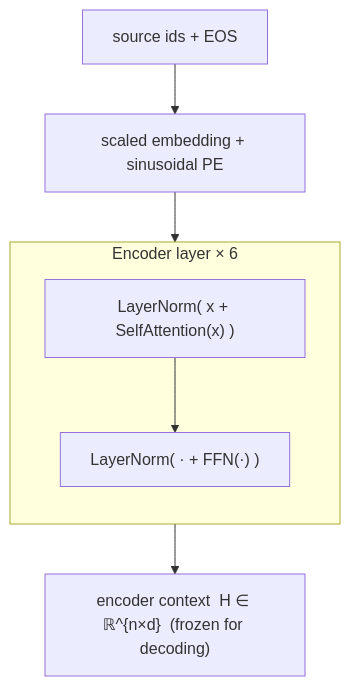
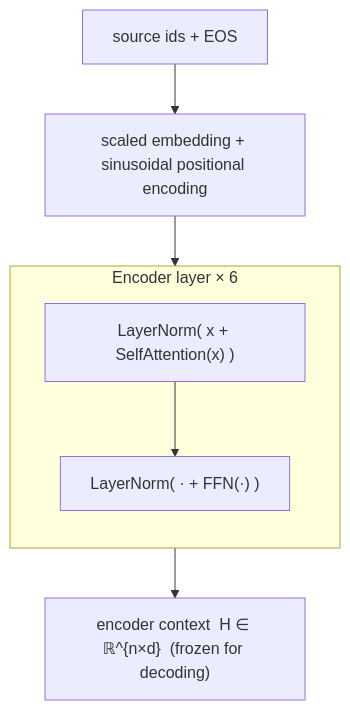
Before and after one commit to gregtatum/translations: the second of 5 diagrams in inference-rs/notes/05-fx-model-architecture.md, drawn with Mermaid. The commit also changed other lines of this file and 27 other files, not shown here.

Commit message:
Rename pe to positional encoding

````diff
--- a/inference-rs/notes/05-fx-model-architecture.md
+++ b/inference-rs/notes/05-fx-model-architecture.md
@@ -121,10 +122,10 @@
 ```mermaid
 flowchart TD
-  src["source ids + EOS"] --> emb["scaled embedding + sinusoidal PE"]
+  src["source ids + EOS"] --> emb["scaled embedding + sinusoidal positional encoding"]
   emb --> L0
   subgraph enc["Encoder layer × 6"]
     direction TB
     L0["LayerNorm( x + SelfAttention(x) )"] --> L1["LayerNorm( · + FFN(·) )"]
   end
   L1 --> ctx["encoder context  H ∈ ℝ^{n×d}  (frozen for decoding)"]
 ```
````
